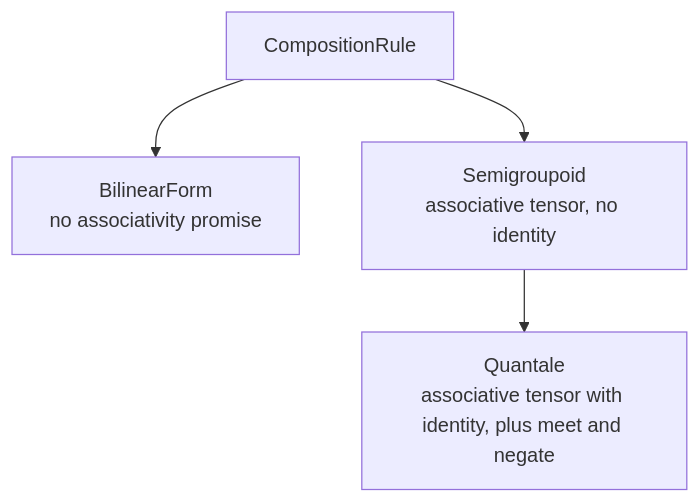
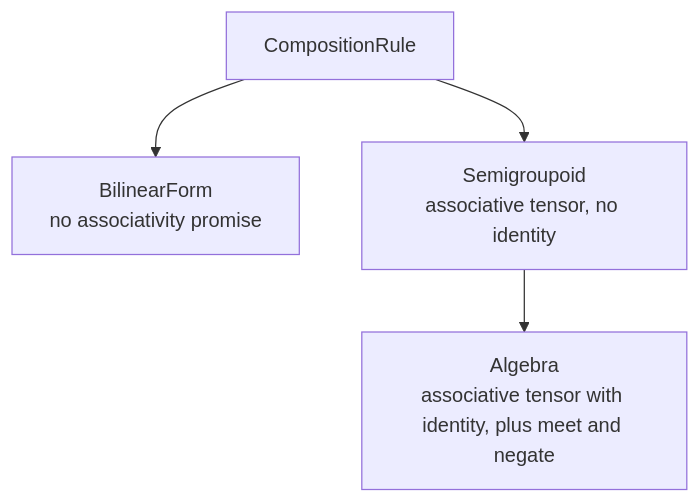
The second of 2 diagrams in docs/index.md (FACTSlab/quivers), drawn with Mermaid before and after one commit. The commit also changed other lines of this file and 193 other files, not shown here.

First line of the commit message:
0.7.0: analysis pipelines + quantale → algebra rename (#23)

````diff
--- a/docs/index.md
+++ b/docs/index.md
@@ -96,10 +114,10 @@
 ```mermaid
 flowchart TB
     CR["CompositionRule"]
     BF["BilinearForm<br/>no associativity promise"]
     SG["Semigroupoid<br/>associative tensor, no identity"]
-    Q["Quantale<br/>associative tensor with identity, plus meet and negate"]
+    Q["Algebra<br/>associative tensor with identity, plus meet and negate"]
     CR --> BF
     CR --> SG
     SG --> Q
 ```
````
